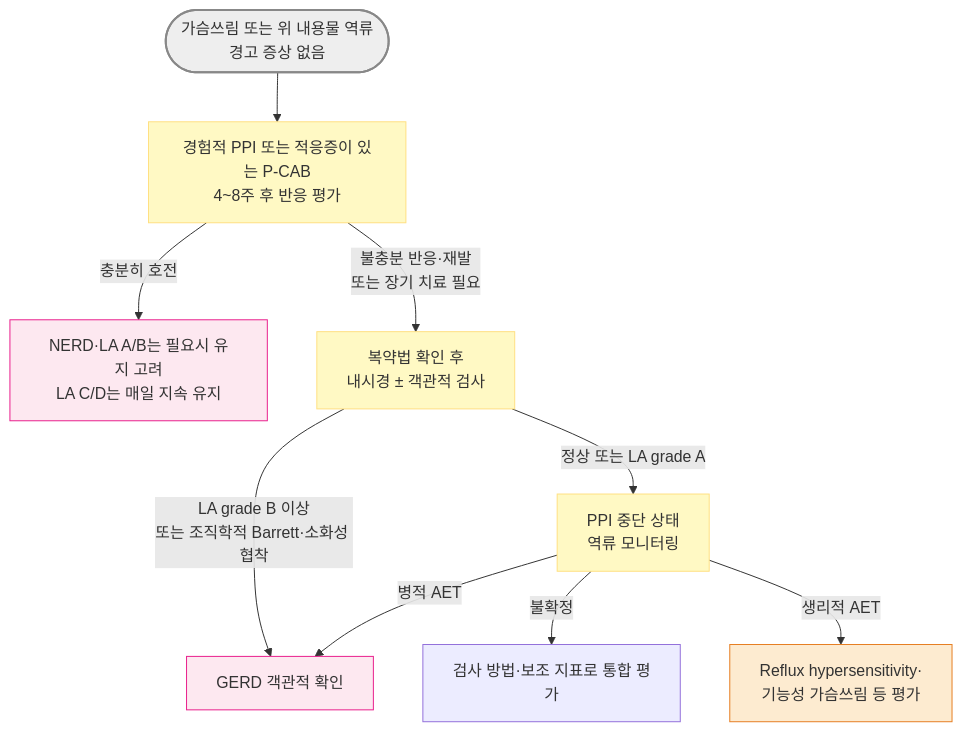
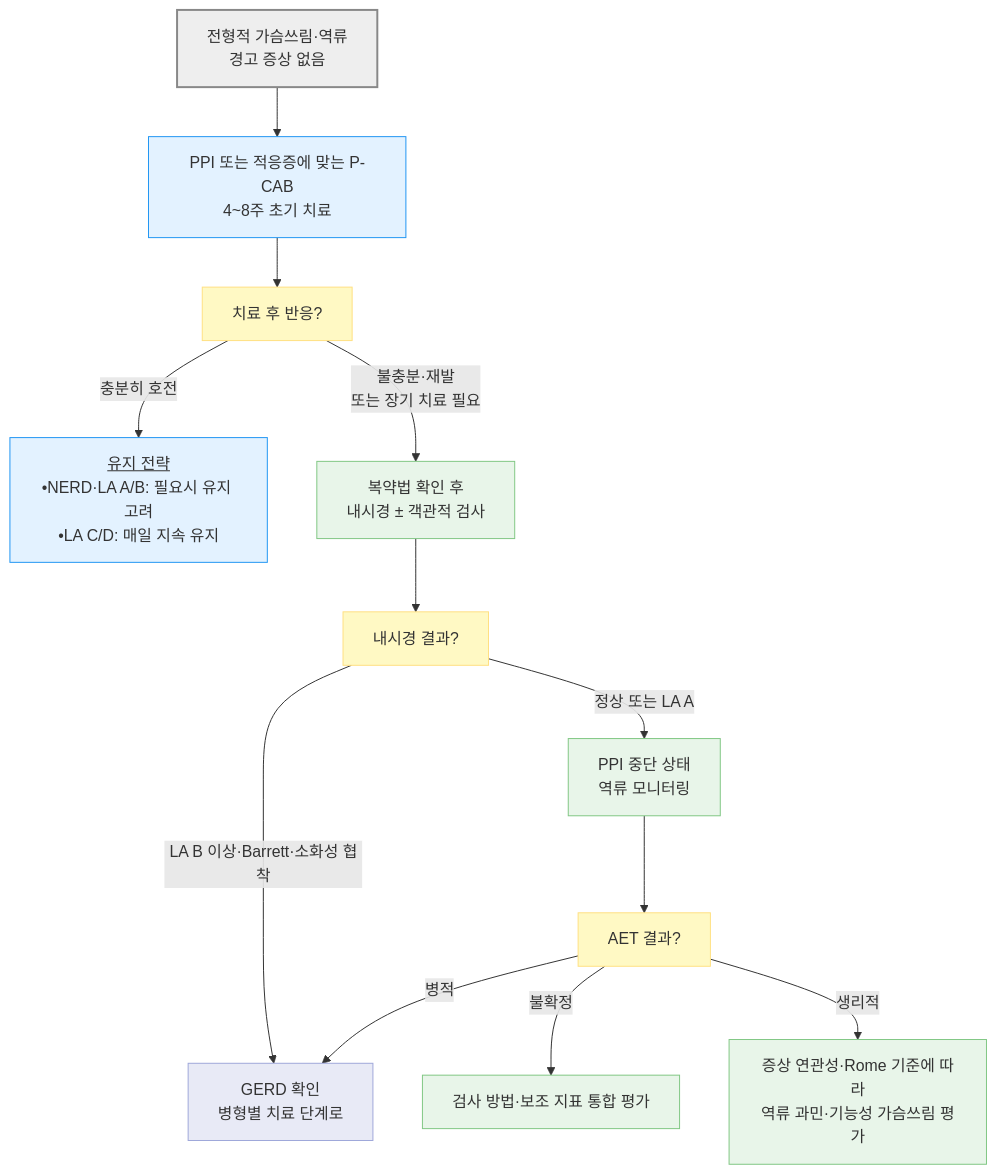
One commit to familyoh77/familyoh77 changed the first of 5 diagrams in 224_/081_-gerd.md. Above: the diagram before and after it, drawn with Mermaid. The commit also changed other lines of this file and 4 other files, not shown here.

````diff
--- a/224_/081_-gerd.md
+++ b/224_/081_-gerd.md
@@ -197,18 +197,25 @@
 ```mermaid
-graph TD
-    A(["가슴쓰림 또는 위 내용물 역류<br/>경고 증상 없음"]) --> B["경험적 PPI 또는 적응증이 있는 P-CAB<br/>4~8주 후 반응 평가"]
-    B -- "충분히 호전" --> C["NERD·LA A/B는 필요시 유지 고려<br/>LA C/D는 매일 지속 유지"]
-    B -- "불충분 반응·재발<br/>또는 장기 치료 필요" --> G["복약법 확인 후<br/>내시경 ± 객관적 검사"]
-    G -- "LA grade B 이상<br/>또는 조직학적 Barrett·소화성 협착" --> J["GERD 객관적 확인"]
-    G -- "정상 또는 LA grade A" --> K["PPI 중단 상태<br/>역류 모니터링"]
-    K -- "병적 AET" --> J
-    K -- "불확정" --> Q["검사 방법·보조 지표로 통합 평가"]
-    K -- "생리적 AET" --> L["Reflux hypersensitivity·<br/>기능성 가슴쓰림 등 평가"]
-    style A fill:#eeeeee,stroke:#888888,stroke-width:2px
-    classDef pink fill:#fde8f0,stroke:#e91e8c
-    class J,C pink
-    classDef yellow fill:#fff9c4,stroke:#ffe082
-    class K,G,B yellow
-    classDef orange fill:#fdebd0,stroke:#e67e22
-    class L orange
+flowchart TD
+    A["전형적 가슴쓰림·역류<br/>경고 증상 없음"] --> B["PPI 또는 적응증에 맞는 P-CAB<br/>4~8주 초기 치료"]
+    B --> R["치료 후 반응?"]
+    R -- "충분히 호전" --> C["<u>유지 전략</u><br/>•NERD·LA A/B: 필요시 유지 고려<br/>•LA C/D: 매일 지속 유지"]
+    R -- "불충분·재발<br/>또는 장기 치료 필요" --> G["복약법 확인 후<br/>내시경 ± 객관적 검사"]
+    G --> SQ["내시경 결과?"]
+    SQ -- "LA B 이상·Barrett·소화성 협착" --> J["GERD 확인<br/>병형별 치료 단계로"]
+    SQ -- "정상 또는 LA A" --> K["PPI 중단 상태<br/>역류 모니터링"]
+    K --> KQ["AET 결과?"]
+    KQ -- "병적" --> J
+    KQ -- "불확정" --> Q["검사 방법·보조 지표 통합 평가"]
+    KQ -- "생리적" --> L["증상 연관성·Rome 기준에 따라<br/>역류 과민·기능성 가슴쓰림 평가"]
+
+    classDef neutral fill:#eeeeee,stroke:#888888,stroke-width:2px
+    classDef question fill:#fff9c4,stroke:#ffe082
+    classDef test fill:#e8f5e9,stroke:#81c784
+    classDef treatment fill:#e3f2ff,stroke:#2196f3
+    classDef next fill:#e8eaf6,stroke:#9fa8da
+    class A neutral
+    class R,SQ,KQ question
+    class G,K,Q,L test
+    class B,C treatment
+    class J next
 ```
````
